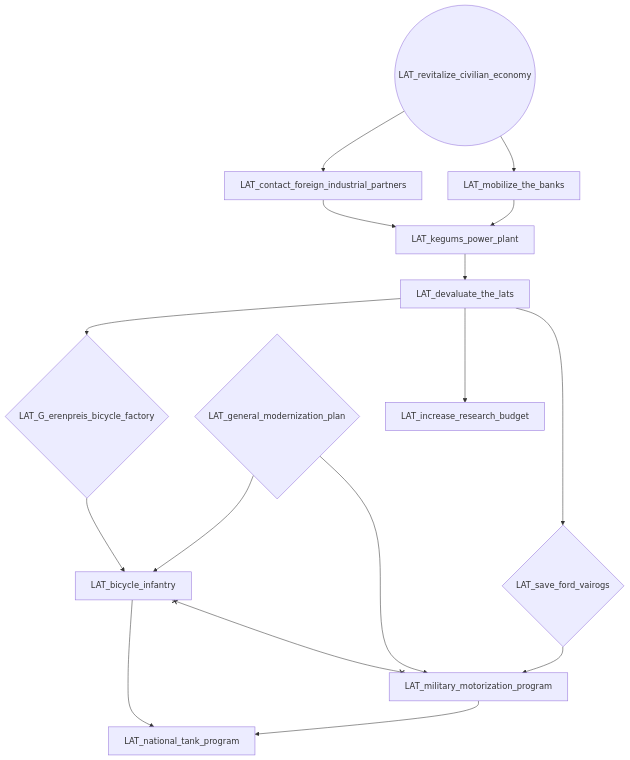
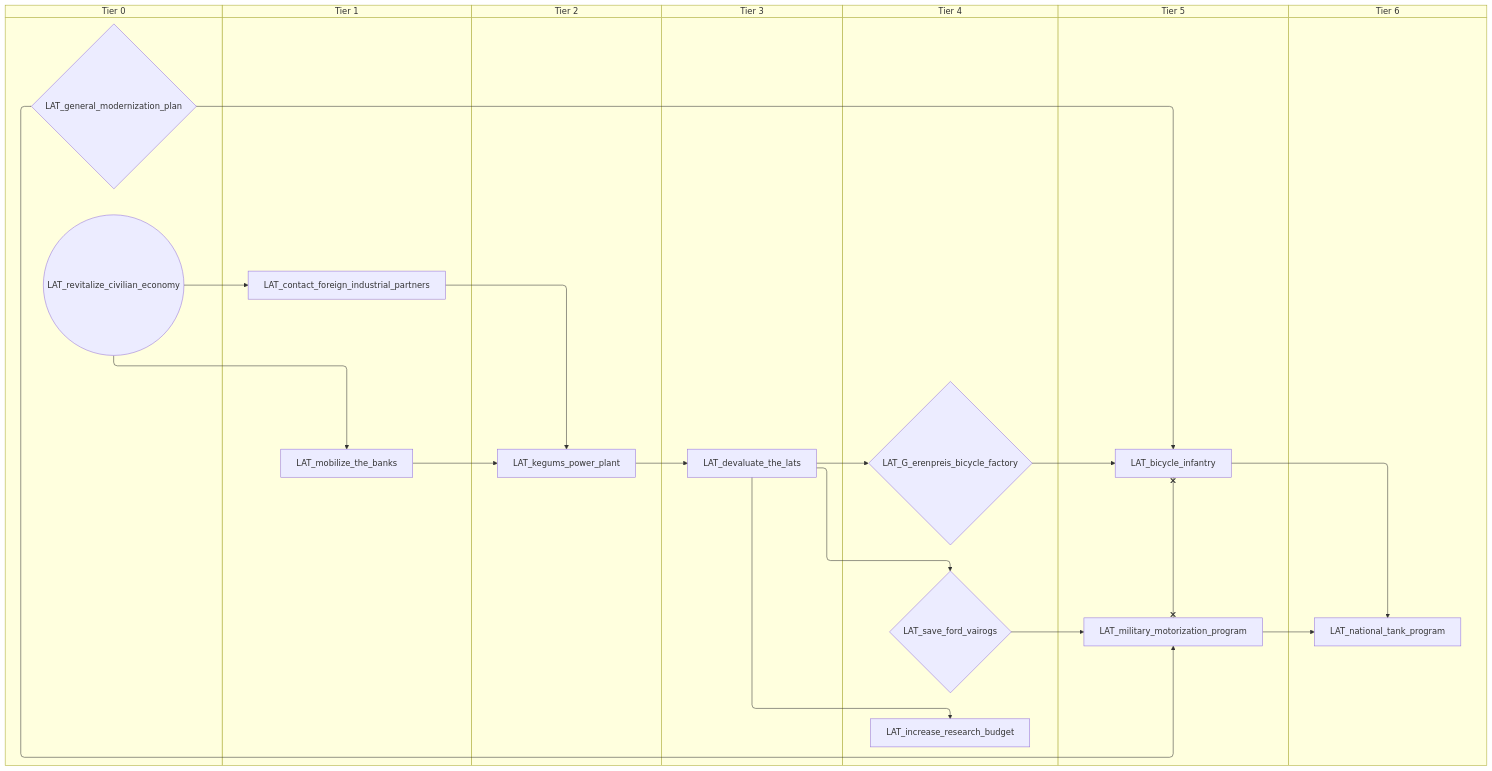
The third of 3 diagrams in docs/gdd/National Focuses/r56/r56_latvia_shared.md (evgeny-sobol/hoi4-sandbox-mode-r56), drawn with Mermaid before and after one commit. The commit also changed other lines of this file and 423 other files, not shown here.

First line of the commit message:
Re-export Rt56 focus trees as swimlane diagrams

````diff
--- a/docs/gdd/National Focuses/r56/r56_latvia_shared.md
+++ b/docs/gdd/National Focuses/r56/r56_latvia_shared.md
@@ -134,30 +160,44 @@
 ```mermaid
-flowchart TD
-    n20{"LAT_G_erenpreis_bicycle_factory"}
-    n24["LAT_bicycle_infantry"]
-    n43["LAT_contact_foreign_industrial_partners"]
-    n44["LAT_devaluate_the_lats"]
-    n29{"LAT_general_modernization_plan"}
-    n45["LAT_increase_research_budget"]
-    n46["LAT_kegums_power_plant"]
-    n31["LAT_military_motorization_program"]
-    n47["LAT_mobilize_the_banks"]
-    n34["LAT_national_tank_program"]
-    n48(("LAT_revitalize_civilian_economy"))
-    n38{"LAT_save_ford_vairogs"}
-    n44 --> n20
-    n20 --> n24
-    n29 --> n24
-    n48 --> n43
-    n46 --> n44
-    n44 --> n45
-    n43 --> n46
-    n47 --> n46
-    n38 --> n31
-    n29 --> n31
-    n48 --> n47
-    n24 --> n34
-    n31 --> n34
-    n44 --> n38
-    n24 x--x n31
+swimlane-beta TD
+    subgraph tier_0["Tier 0"]
+        n24{"LAT_general_modernization_plan"}
+        n43(("LAT_revitalize_civilian_economy"))
+    end
+    subgraph tier_1["Tier 1"]
+        n44["LAT_contact_foreign_industrial_partners"]
+        n45["LAT_mobilize_the_banks"]
+    end
+    subgraph tier_2["Tier 2"]
+        n46["LAT_kegums_power_plant"]
+    end
+    subgraph tier_3["Tier 3"]
+        n47["LAT_devaluate_the_lats"]
+    end
+    subgraph tier_4["Tier 4"]
+        n20{"LAT_G_erenpreis_bicycle_factory"}
+        n48["LAT_increase_research_budget"]
+        n21{"LAT_save_ford_vairogs"}
+    end
+    subgraph tier_5["Tier 5"]
+        n28["LAT_bicycle_infantry"]
+        n31["LAT_military_motorization_program"]
+    end
+    subgraph tier_6["Tier 6"]
+        n38["LAT_national_tank_program"]
+    end
+    n47 --> n20
+    n20 --> n28
+    n24 --> n28
+    n43 --> n44
+    n46 --> n47
+    n47 --> n48
+    n44 --> n46
+    n45 --> n46
+    n21 --> n31
+    n24 --> n31
+    n43 --> n45
+    n28 --> n38
+    n31 --> n38
+    n47 --> n21
+    n28 x--x n31
 ```
````
